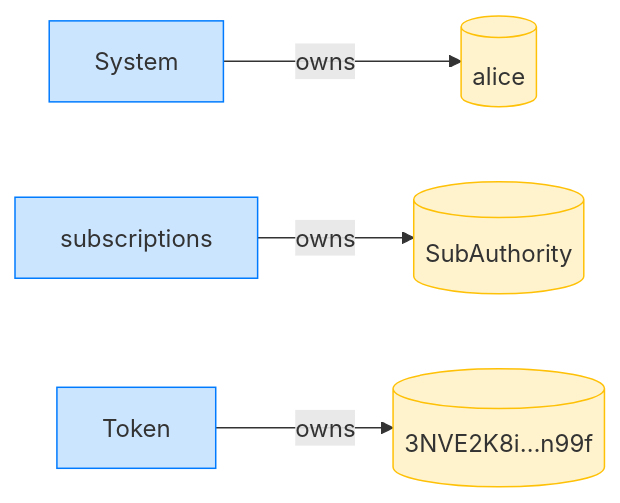
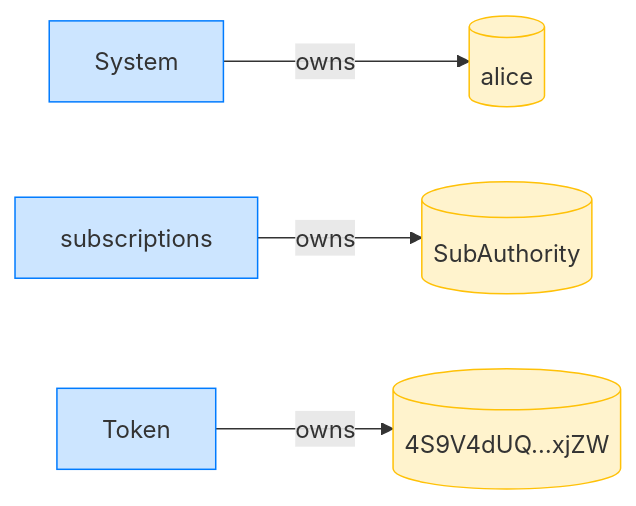
Before and after one commit to cds-rs/subscriptions: the fourth of 8 diagrams in dsl_tests/a-sponsor-cannot-revoke-a-non-expired-fixed-delegation.md, drawn with Mermaid. The commit also changed other lines of this file and 224 other files, not shown here.

````diff
--- a/dsl_tests/a-sponsor-cannot-revoke-a-non-expired-fixed-delegation.md
+++ b/dsl_tests/a-sponsor-cannot-revoke-a-non-expired-fixed-delegation.md
@@ -71,14 +76,14 @@
 ```mermaid
 flowchart LR
     classDef owner fill:#cce5ff,stroke:#007bff;
     classDef account fill:#fff3cd,stroke:#ffc107;
     System[System]:::owner
     alice[(alice)]:::account
     subscriptions[subscriptions]:::owner
     SubAuthority[(SubAuthority)]:::account
     Token[Token]:::owner
-    3NVE2K8i_n99f[("3NVE2K8i…n99f")]:::account
+    4S9V4dUQ_xjZW[("4S9V4dUQ…xjZW")]:::account
     System -->|owns| alice
     subscriptions -->|owns| SubAuthority
-    Token -->|owns| 3NVE2K8i_n99f
+    Token -->|owns| 4S9V4dUQ_xjZW
 ```
````
